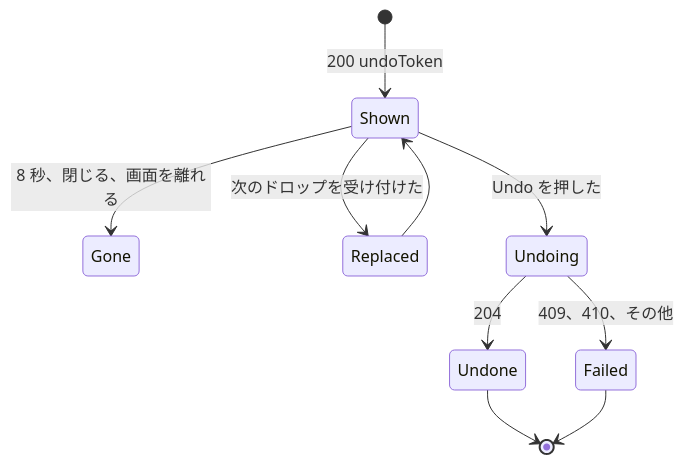
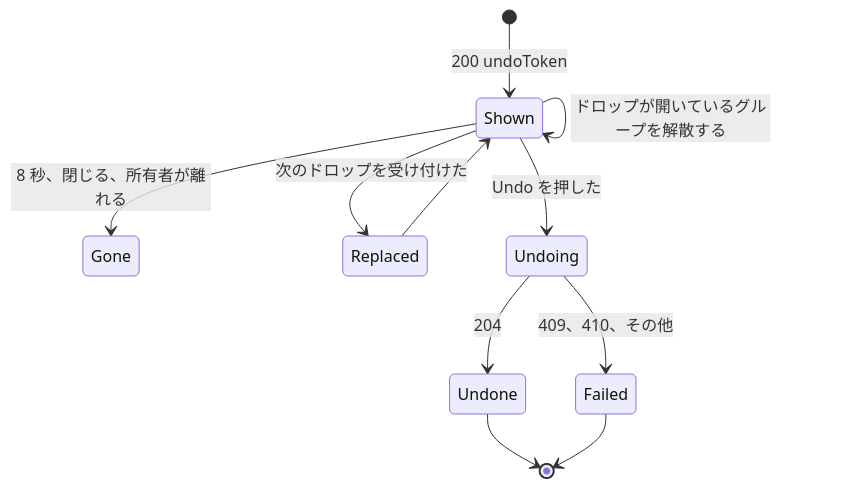
Before and after one commit to syudead/vv: the fifth of 5 diagrams in translations/ja/specs/050-drag-organize/ui-design.md, drawn with Mermaid. The commit also changed other lines of this file and 3 other files, not shown here.

````diff
--- a/translations/ja/specs/050-drag-organize/ui-design.md
+++ b/translations/ja/specs/050-drag-organize/ui-design.md
@@ -220,12 +229,13 @@
 ```mermaid
 stateDiagram-v2
   [*] --> Shown: 200 undoToken
-  Shown --> Gone: 8 秒、閉じる、画面を離れる
+  Shown --> Gone: 8 秒、閉じる、所有者が離れる
+  Shown --> Shown: ドロップが開いているグループを解散する
   Shown --> Replaced: 次のドロップを受け付けた
   Shown --> Undoing: Undo を押した
   Undoing --> Undone: 204
   Undoing --> Failed: 409、410、その他
   Undone --> [*]
   Failed --> [*]
   Replaced --> Shown
 ```
````
